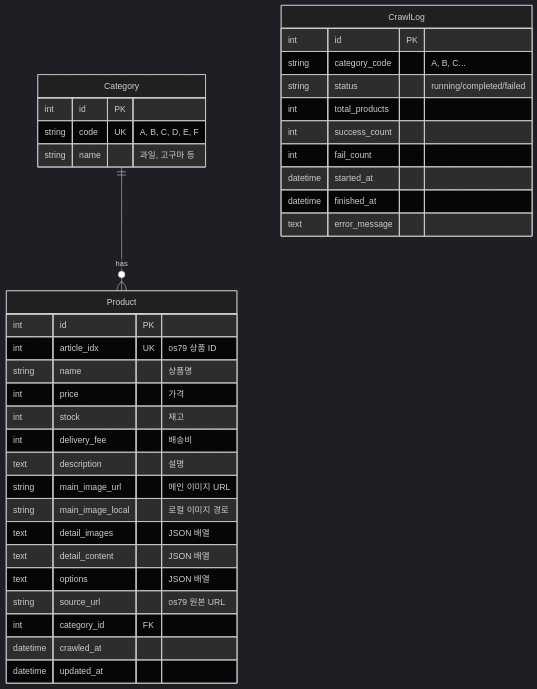
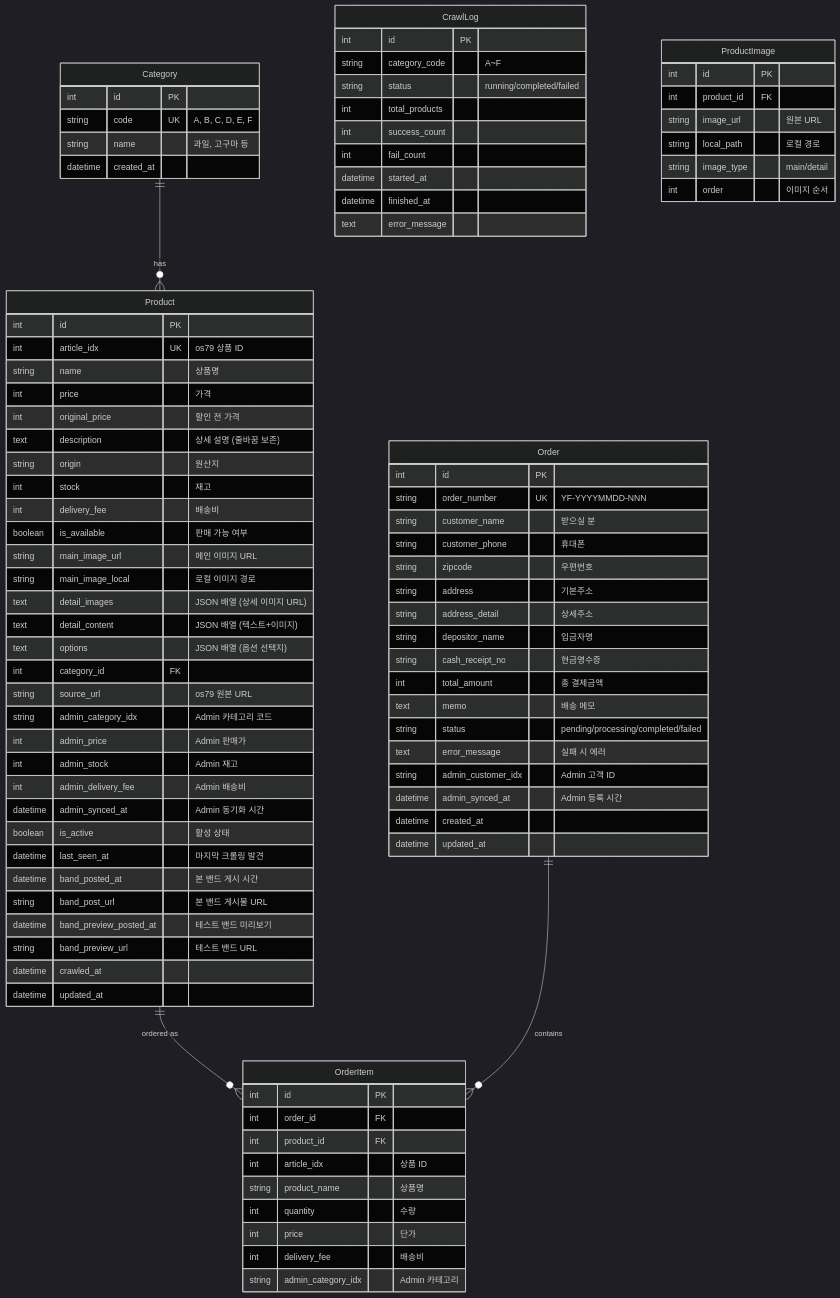
Before and after one commit to Yejinius/Fruits_final: the seventh of 9 diagrams in PROJECT_DOCUMENTATION.md, drawn with Mermaid (dark theme). The commit also changed other lines of this file and 678 other files, not shown here.

Commit message:
feat: Add `band_poster.py` and `order_processor.py`, update `config.py`, `models.py`, `crawler.py`, and project documentation.

````diff
--- a/PROJECT_DOCUMENTATION.md
+++ b/PROJECT_DOCUMENTATION.md
@@ -169,11 +264,14 @@
 ```mermaid
 erDiagram
     Category ||--o{ Product : has
+    Product ||--o{ OrderItem : "ordered as"
+    Order ||--o{ OrderItem : contains
 
     Category {
         int id PK
         string code UK "A, B, C, D, E, F"
         string name "과일, 고구마 등"
+        datetime created_at
     }
 
     Product {
@@ -181,23 +279,69 @@
         int article_idx UK "os79 상품 ID"
         string name "상품명"
         int price "가격"
+        int original_price "할인 전 가격"
+        text description "상세 설명 (줄바꿈 보존)"
+        string origin "원산지"
         int stock "재고"
         int delivery_fee "배송비"
-        text description "설명"
+        boolean is_available "판매 가능 여부"
         string main_image_url "메인 이미지 URL"
         string main_image_local "로컬 이미지 경로"
-        text detail_images "JSON 배열"
-        text detail_content "JSON 배열"
-        text options "JSON 배열"
+        text detail_images "JSON 배열 (상세 이미지 URL)"
+        text detail_content "JSON 배열 (텍스트+이미지)"
+        text options "JSON 배열 (옵션 선택지)"
+        int category_id FK
         string source_url "os79 원본 URL"
-        int category_id FK
+        string admin_category_idx "Admin 카테고리 코드"
+        int admin_price "Admin 판매가"
+        int admin_stock "Admin 재고"
+        int admin_delivery_fee "Admin 배송비"
+        datetime admin_synced_at "Admin 동기화 시간"
+        boolean is_active "활성 상태"
+        datetime last_seen_at "마지막 크롤링 발견"
+        datetime band_posted_at "본 밴드 게시 시간"
+        string band_post_url "본 밴드 게시물 URL"
+        datetime band_preview_posted_at "테스트 밴드 미리보기"
+        string band_preview_url "테스트 밴드 URL"
         datetime crawled_at
         datetime updated_at
     }
 
+    Order {
+        int id PK
+        string order_number UK "YF-YYYYMMDD-NNN"
+        string customer_name "받으실 분"
+        string customer_phone "휴대폰"
+        string zipcode "우편번호"
+        string address "기본주소"
+        string address_detail "상세주소"
+        string depositor_name "입금자명"
+        string cash_receipt_no "현금영수증"
+        int total_amount "총 결제금액"
+        text memo "배송 메모"
+        string status "pending/processing/completed/failed"
+        text error_message "실패 시 에러"
+        string admin_customer_idx "Admin 고객 ID"
+        datetime admin_synced_at "Admin 등록 시간"
+        datetime created_at
+        datetime updated_at
+    }
+
+    OrderItem {
+        int id PK
+        int order_id FK
+        int product_id FK
+        int article_idx "상품 ID"
+        string product_name "상품명"
+        int quantity "수량"
+        int price "단가"
+        int delivery_fee "배송비"
+        string admin_category_idx "Admin 카테고리"
+    }
+
     CrawlLog {
         int id PK
-        string category_code "A, B, C..."
+        string category_code "A~F"
         string status "running/completed/failed"
         int total_products
         int success_count
@@ -206,4 +350,13 @@
         datetime finished_at
         text error_message
     }
+
+    ProductImage {
+        int id PK
+        int product_id FK
+        string image_url "원본 URL"
+        string local_path "로컬 경로"
+        string image_type "main/detail"
+        int order "이미지 순서"
+    }
 ```
````
